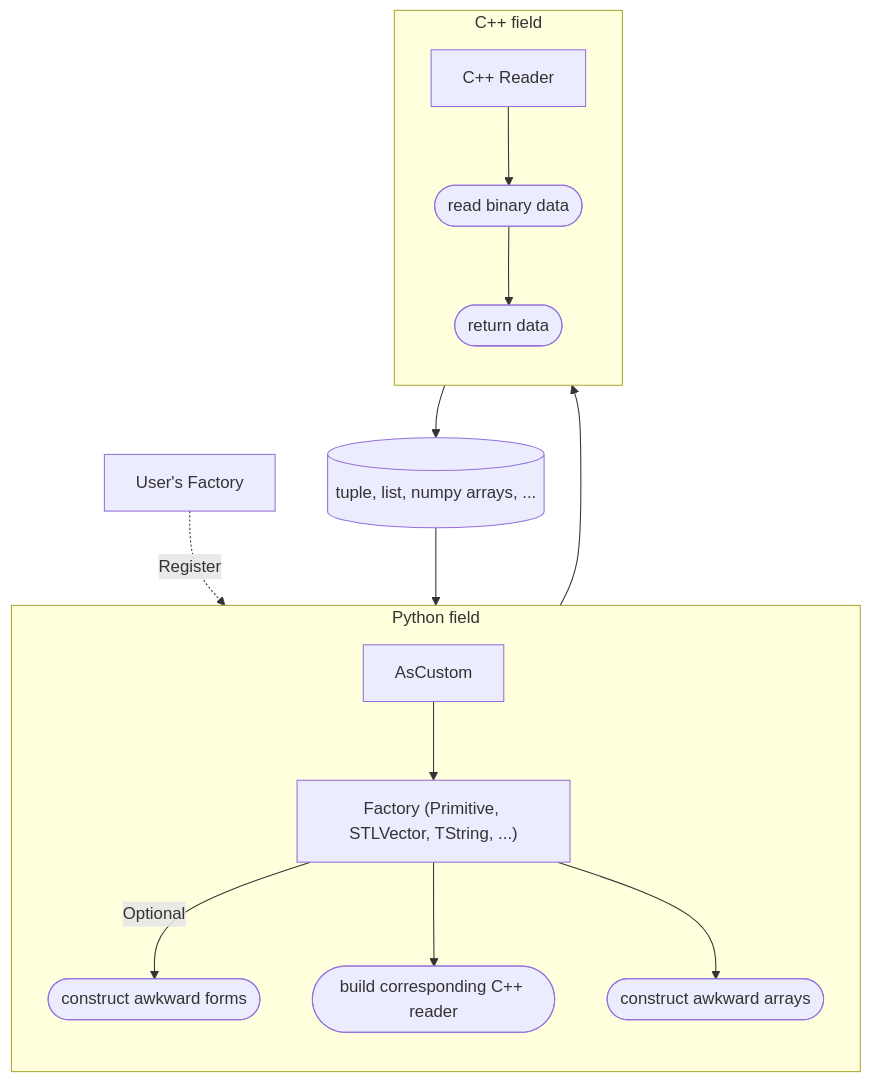
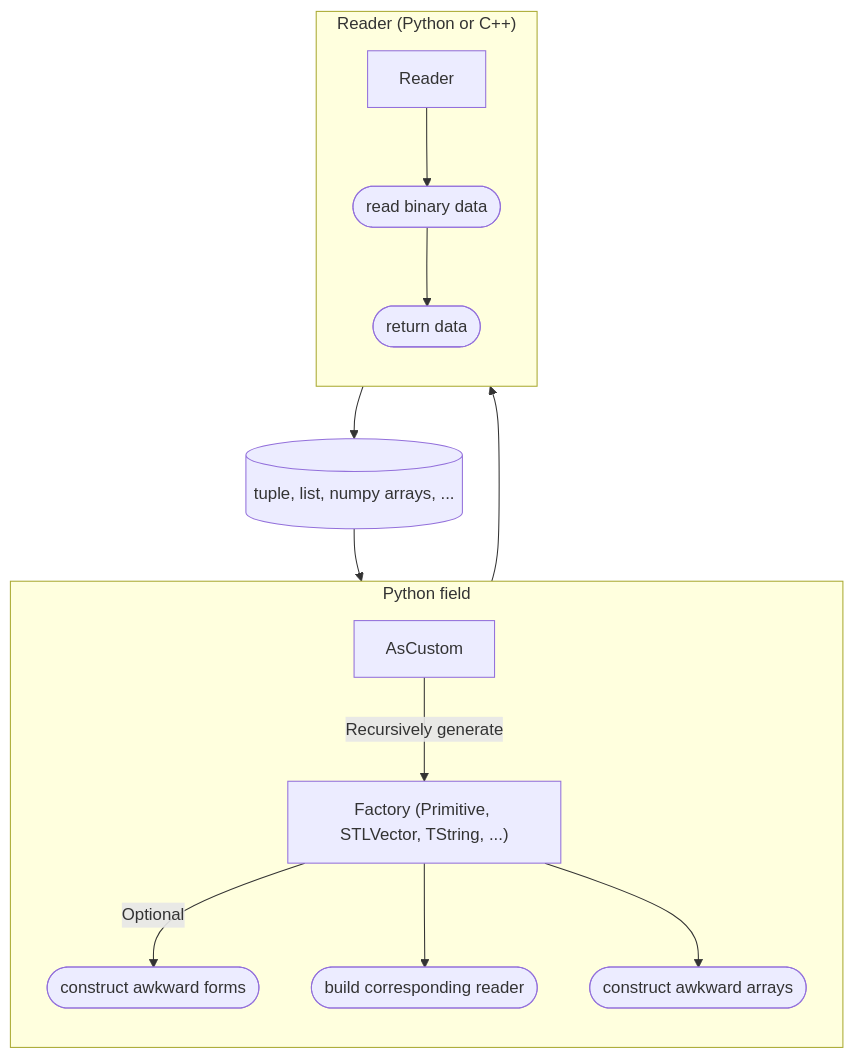
One commit to mrzimu/uproot-custom changed the diagram in README.md. Above: the diagram before and after it, drawn with Mermaid. The commit also changed other lines of this file, not shown here.

````diff
--- a/README.md
+++ b/README.md
@@ -17,22 +17,20 @@
 ```mermaid
 flowchart TD
     subgraph py["Python field"]
         direction TB
-        AsCustom --> fac["Factory (Primitive, STLVector, TString, ...)"]
+        AsCustom -- Recursively generate --> fac["Factory (Primitive, STLVector, TString, ...)"]
         fac["Factory (Primitive, STLVector, TString, ...)"] -- Optional --> form(["construct awkward forms"])
-        fac --> build_reader(["build corresponding C++ reader"])
+        fac --> build_reader(["build corresponding reader"])
         fac --> build_ak(["construct awkward arrays"])
     end
 
-    user_fac["User's Factory"] -. Register .-> fac
-
-    subgraph cpp["C++ field"]
+    subgraph reader_field["Reader (Python or C++)"]
         direction TB
-        build_reader --> reader["C++ Reader"]
+        build_reader --> reader["Reader"]
         reader --> read_bin(["read binary data"])
         read_bin --> ret_data(["return data"])
     end
 
     ret_data --> raw_data[("tuple, list, numpy arrays, ...")]
     raw_data --> build_ak
 ```
````
